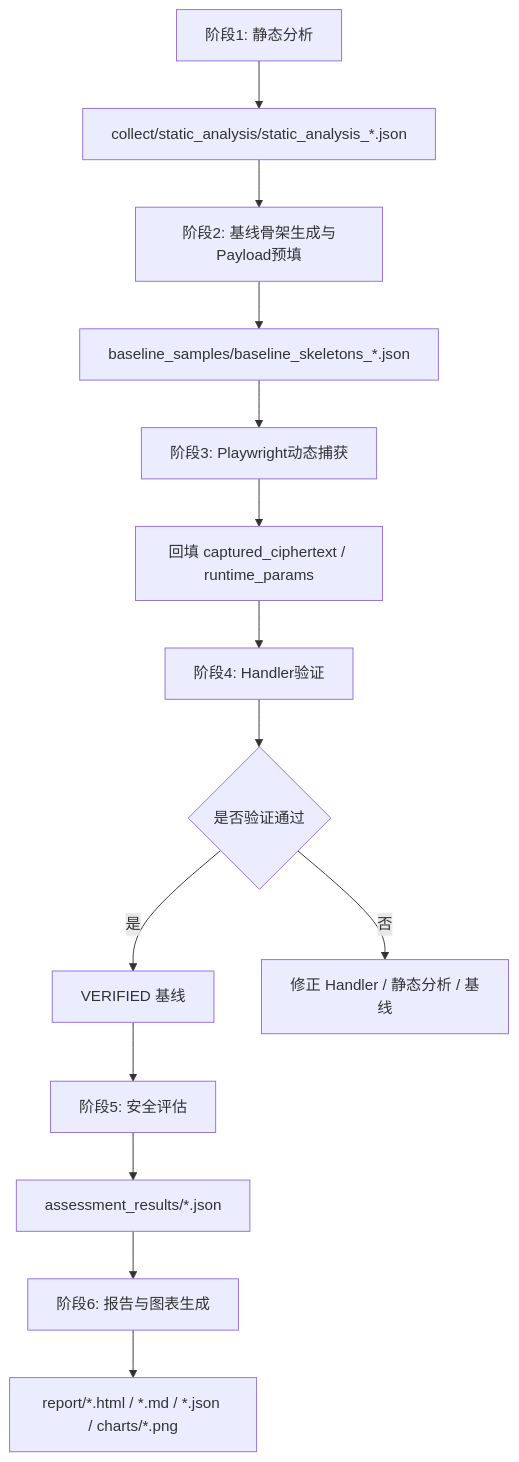
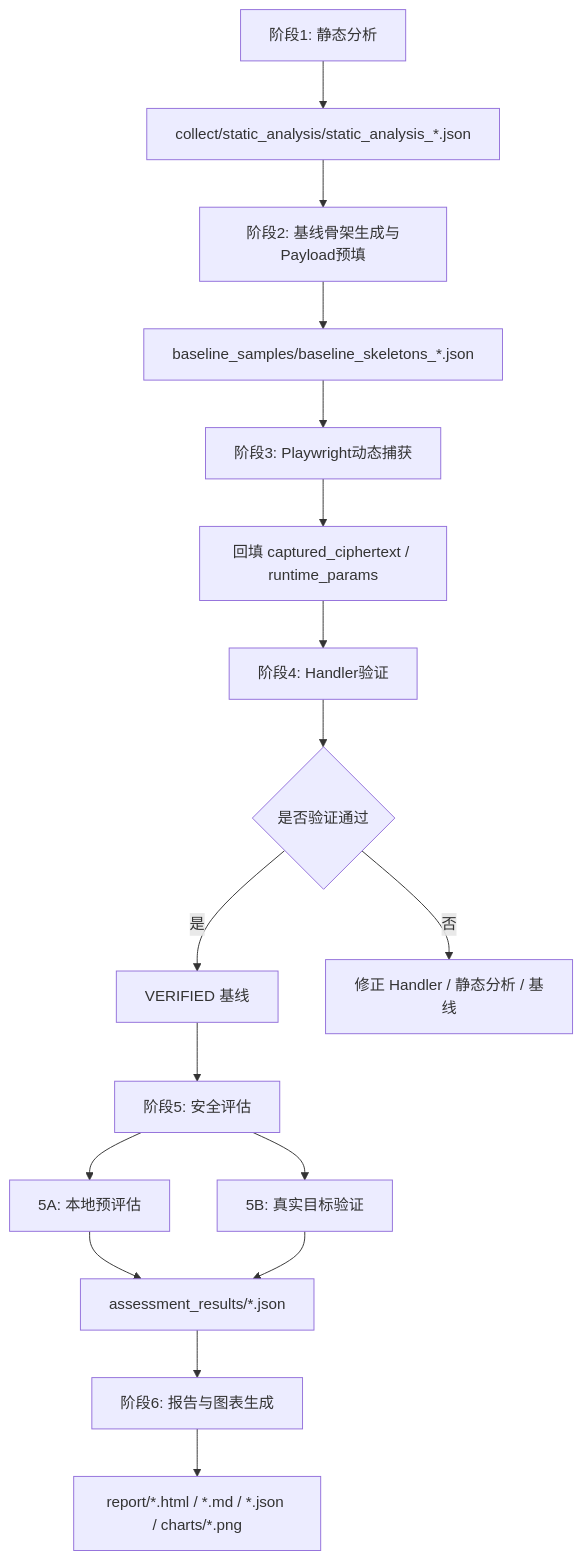
The diagram in README.md (yuzheng0331/Reverse-Analysis-and-Automated-Security-Assessment-of-Web-API), drawn with Mermaid before and after one commit. The commit also changed other lines of this file and 15 other files, not shown here.

````diff
--- a/README.md
+++ b/README.md
@@ -59,16 +59,19 @@
 ```mermaid
 graph TD
     A[阶段1: 静态分析] --> B[collect/static_analysis/static_analysis_*.json]
     B --> C[阶段2: 基线骨架生成与Payload预填]
     C --> D[baseline_samples/baseline_skeletons_*.json]
     D --> E[阶段3: Playwright动态捕获]
     E --> F[回填 captured_ciphertext / runtime_params]
     F --> G[阶段4: Handler验证]
     G --> H{是否验证通过}
     H -->|是| I[VERIFIED 基线]
     H -->|否| J[修正 Handler / 静态分析 / 基线]
     I --> K[阶段5: 安全评估]
-    K --> L[assessment_results/*.json]
+    K --> K1[5A: 本地预评估]
+    K --> K2[5B: 真实目标验证]
+    K1 --> L[assessment_results/*.json]
+    K2 --> L
     L --> M[阶段6: 报告与图表生成]
     M --> N[report/*.html / *.md / *.json / charts/*.png]
 ```
````
